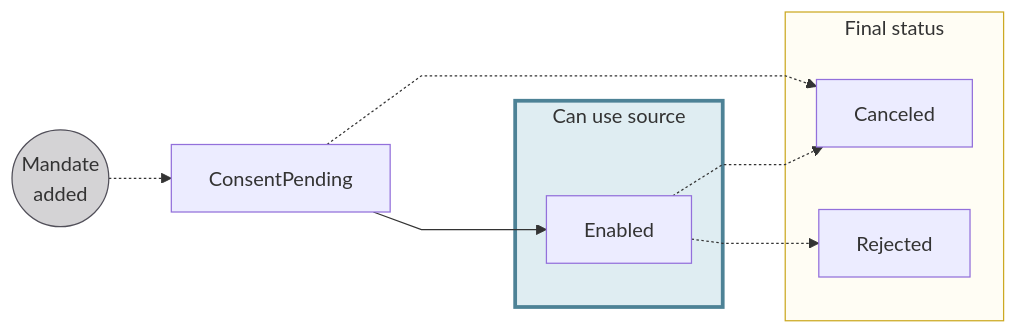
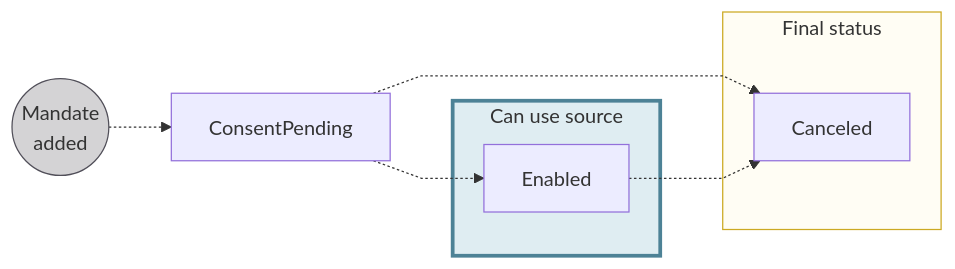
Before and after one commit to swan-io/docs: the second of 4 diagrams in docs/topics/accounts/funding/index.mdx, drawn with Mermaid. The commit also changed other lines of this file and 12 other files, not shown here.

````diff
--- a/docs/topics/accounts/funding/index.mdx
+++ b/docs/topics/accounts/funding/index.mdx
@@ -105,19 +99,17 @@
 ```mermaid
 %%{ init: { 'flowchart': { 'curve': 'linear' } } }%%
 flowchart LR
     AMA((Mandate<br/>added)) -.-> CP[ConsentPending]
-    CP ---> E[Enabled]
+    CP -.-> E[Enabled]
     CP -.-> C[Canceled]
-    E -.->R[Rejected]
     E -.-> C
     subgraph U[Can use source]
         E
     end
     subgraph F[Final status]
         C
-        R
     end
     style AMA fill:#D4D3D5,stroke:#514F59
     style F fill:#fffdf4,stroke:#cca922
     style U fill:#dfedf2,stroke:#4d8296, stroke-width:3px
 ```
````
